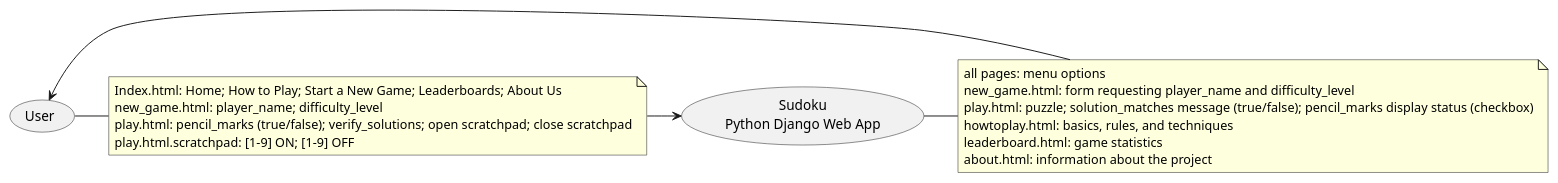
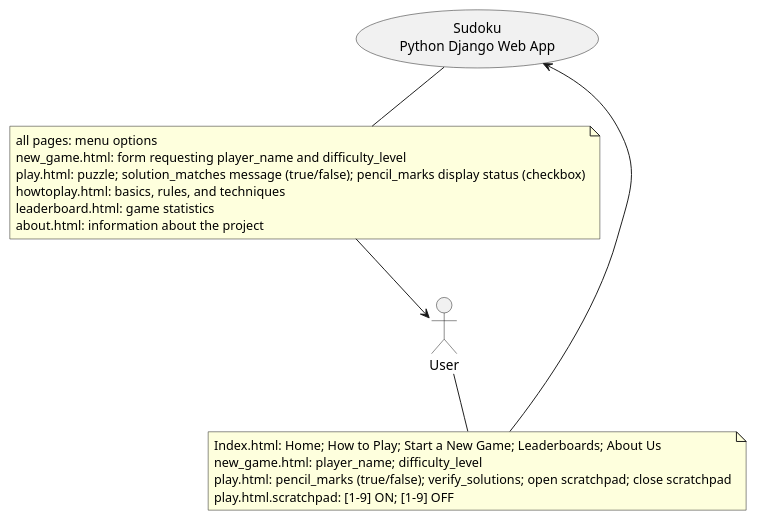
Before and after one commit to breencp/Sudoku: the diagram in sudoku_proj/context.puml, drawn with PlantUML. The commit also changed 5 other files, not shown here.

```diff
--- a/sudoku_proj/context.puml
+++ b/sudoku_proj/context.puml
@@ -1,27 +1,27 @@
 @startuml
 (Sudoku\nPython Django Web App) as (WebApp)
 
 note as input
     Index.html: Home; How to Play; Start a New Game; Leaderboards; About Us
     new_game.html: player_name; difficulty_level
     play.html: pencil_marks (true/false); verify_solutions; open scratchpad; close scratchpad
     play.html.scratchpad: [1-9] ON; [1-9] OFF
 end note
 
 note as output
     all pages: menu options
     new_game.html: form requesting player_name and difficulty_level
     play.html: puzzle; solution_matches message (true/false); pencil_marks display status (checkbox)
     howtoplay.html: basics, rules, and techniques
     leaderboard.html: game statistics
     about.html: information about the project
 end note
 
-(User) - input
-input -> (WebApp)
+User -- input
+input --> (WebApp)
 
-(WebApp) - output
-output -> (User)
+(WebApp) -- output
+output --> (User)
 
 
 @enduml
```
